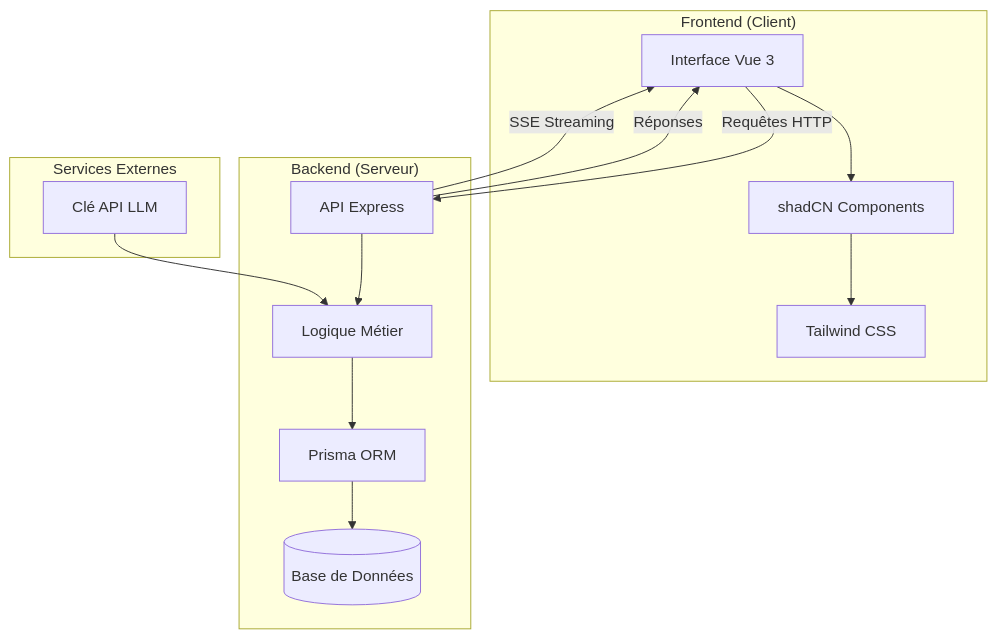
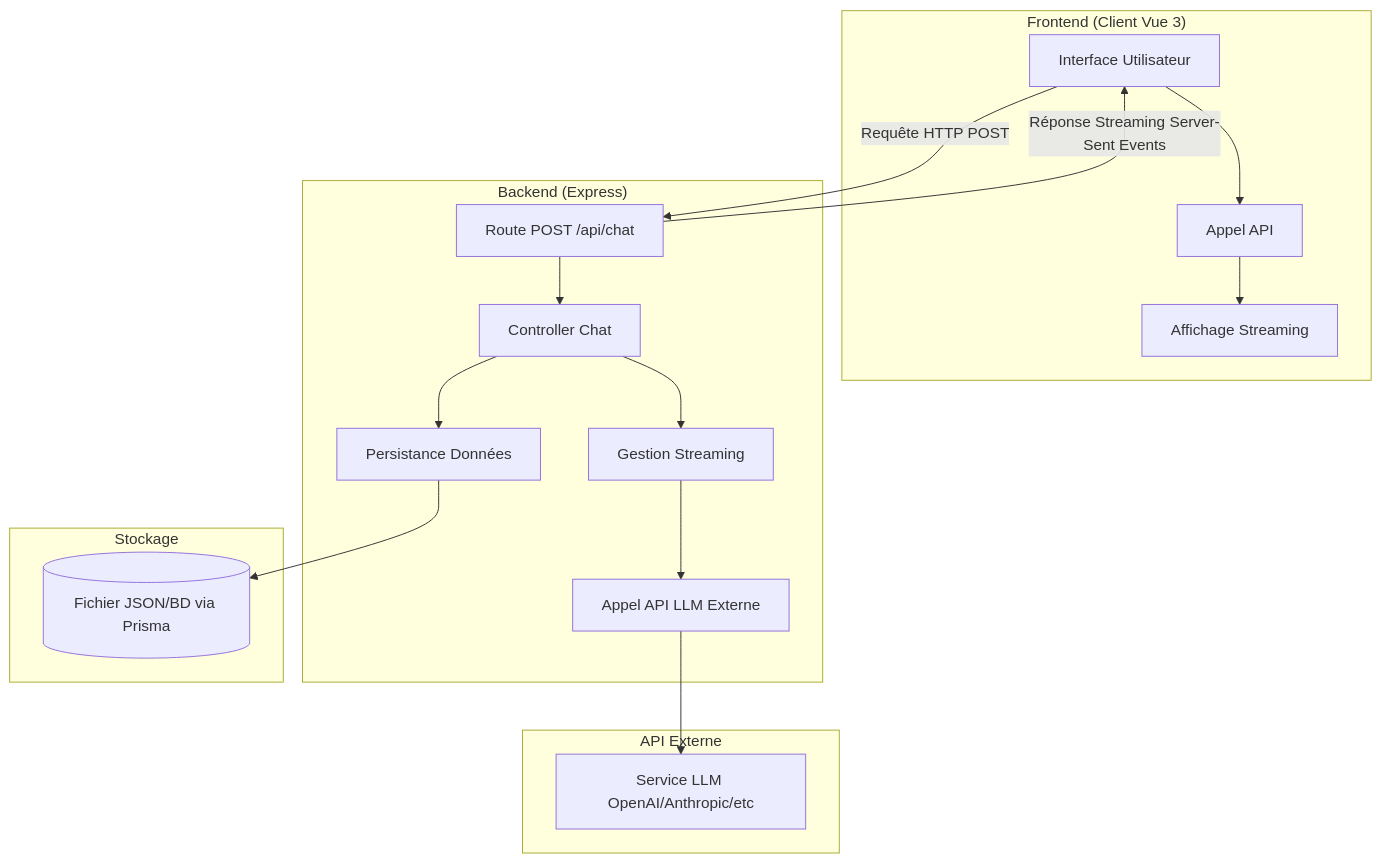
The diagram in README.md (KenTizen17/Matrix), drawn with Mermaid before and after one commit. The commit also changed other lines of this file and 5 other files, not shown here.

````diff
--- a/README.md
+++ b/README.md
@@ -7,23 +7,29 @@
 ```mermaid
 
 graph TB
-    subgraph "Frontend (Client)"
-        A[Interface Vue 3] --> B[shadCN Components]
-        B --> C[Tailwind CSS]
+    subgraph "Frontend (Client Vue 3)"
+        A[Interface Utilisateur] --> B[Appel API]
+        B --> C[Affichage Streaming]
     end
 
-    subgraph "Backend (Serveur)"
-        D[API Express] --> E[Logique Métier]
-        E --> F[Prisma ORM]
-        F --> G[(Base de Données)]
+    subgraph "Backend (Express)"
+        D[Route POST /api/chat] --> E[Controller Chat]
+        E --> F[Gestion Streaming]
+        F --> G[Appel API LLM Externe]
+        E --> H[Persistance Données]
     end
 
-    subgraph "Services Externes"
-        H[Clé API LLM] --> E
+    subgraph "Stockage"
+        I[(Fichier JSON/BD via Prisma)]
     end
 
-    A -- Requêtes HTTP --> D
-    D -- Réponses --> A
-    D -- SSE Streaming --> A
+    subgraph "API Externe"
+        J[Service LLM OpenAI/Anthropic/etc]
+    end
+
+    A -- Requête HTTP POST --> D
+    D -- Réponse Streaming Server-Sent Events --> A
+    H --> I
+    G --> J
 
 ```
````
